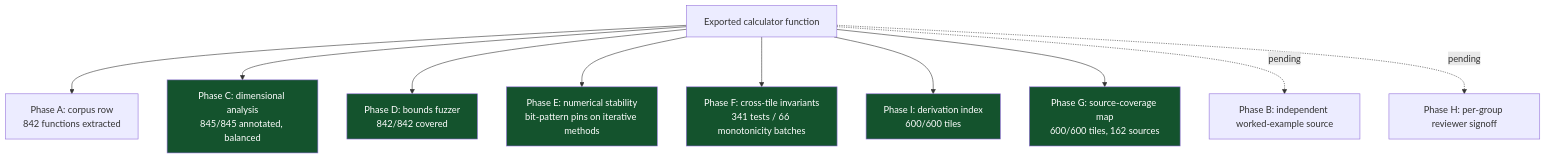
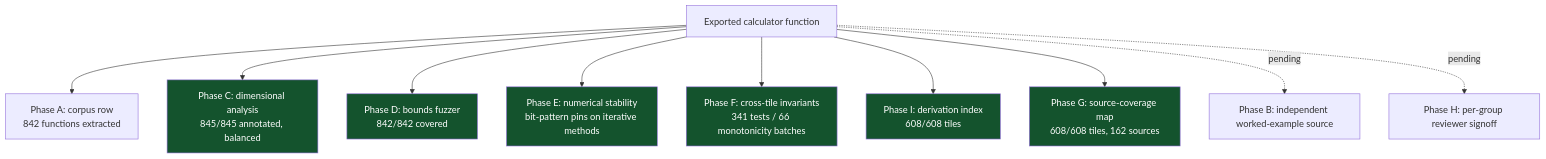
The sixth of 8 diagrams in README.md (clay-good/roughlogic.com), drawn with Mermaid before and after one commit. The commit also changed other lines of this file and 96 other files, not shown here.

````diff
--- a/README.md
+++ b/README.md
@@ -468,18 +470,18 @@
 ```mermaid
 flowchart TB
     F[Exported calculator function] --> A[Phase A: corpus row\n842 functions extracted]
     F --> C[Phase C: dimensional analysis\n845/845 annotated, balanced]
     F --> D[Phase D: bounds fuzzer\n842/842 covered]
     F --> E[Phase E: numerical stability\nbit-pattern pins on iterative methods]
     F --> Fa[Phase F: cross-tile invariants\n341 tests / 66 monotonicity batches]
-    F --> I[Phase I: derivation index\n600/600 tiles]
-    F --> G[Phase G: source-coverage map\n600/600 tiles, 162 sources]
+    F --> I[Phase I: derivation index\n608/608 tiles]
+    F --> G[Phase G: source-coverage map\n608/608 tiles, 162 sources]
     F -.pending.-> B[Phase B: independent worked-example source]
     F -.pending.-> H[Phase H: per-group reviewer signoff]
     style C fill:#14532d,color:#fff
     style D fill:#14532d,color:#fff
     style E fill:#14532d,color:#fff
     style Fa fill:#14532d,color:#fff
     style G fill:#14532d,color:#fff
     style I fill:#14532d,color:#fff
 ```
````
